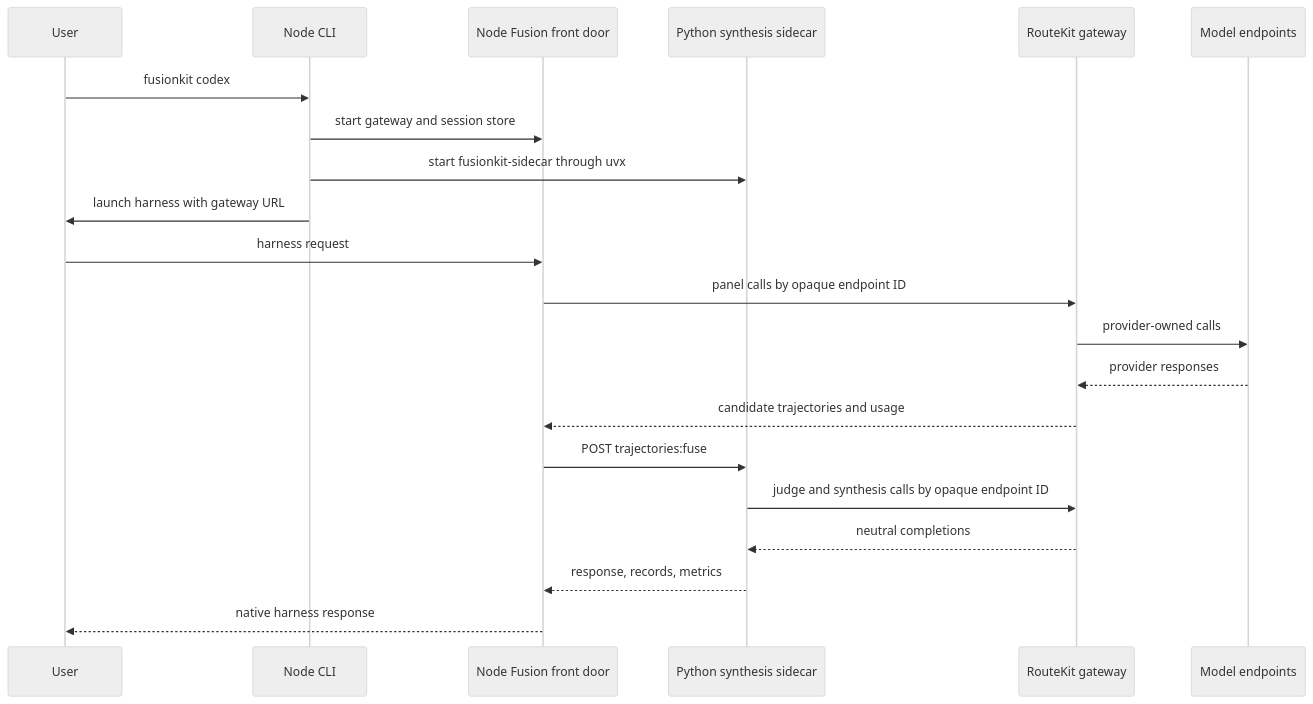
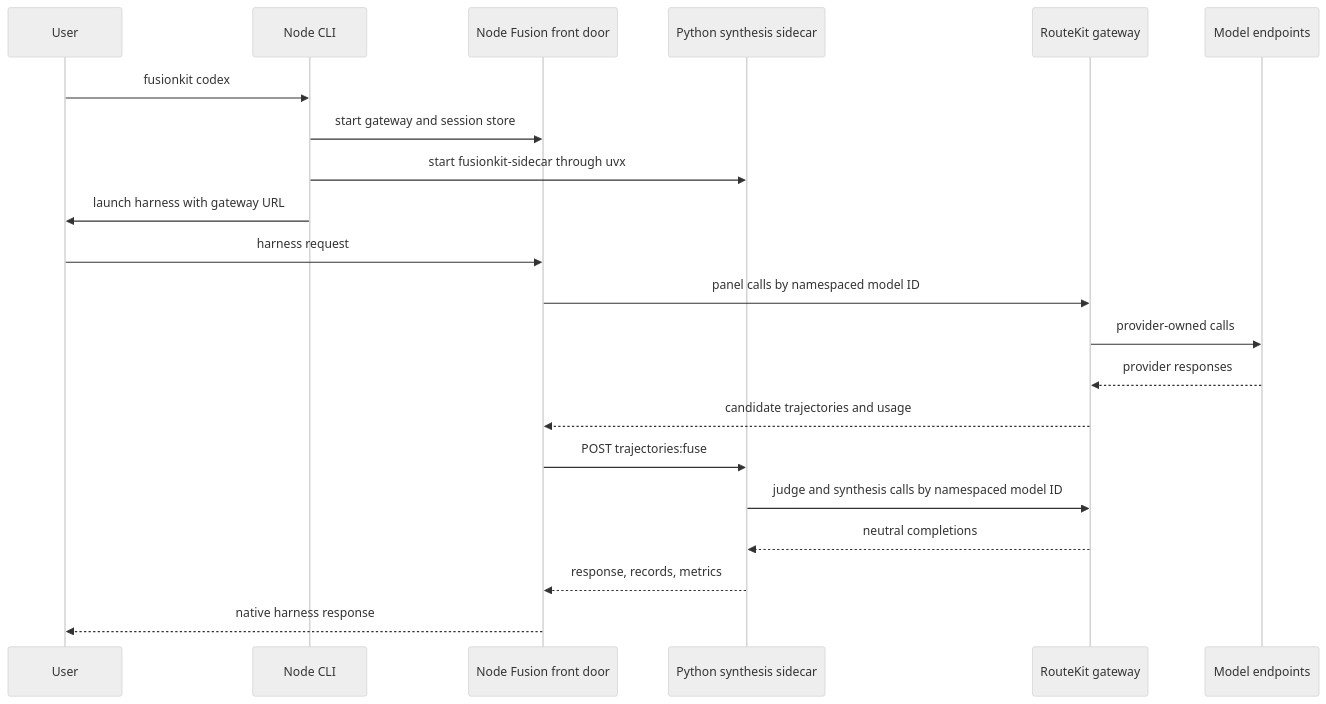
One commit to velum-labs/handoffkit changed the second of 2 diagrams in docs/repository-reference.md. Above: the diagram before and after it, drawn with Mermaid (neutral theme). The commit also changed other lines of this file and 208 other files, not shown here.

````diff
--- a/docs/repository-reference.md
+++ b/docs/repository-reference.md
@@ -66,24 +66,24 @@
 ```mermaid
 sequenceDiagram
   participant User
   participant CLI as Node CLI
   participant GW as Node Fusion front door
   participant PY as Python synthesis sidecar
   participant RK as RouteKit gateway
   participant Models as Model endpoints
 
   User->>CLI: fusionkit codex
   CLI->>GW: start gateway and session store
   CLI->>PY: start fusionkit-sidecar through uvx
   CLI->>User: launch harness with gateway URL
   User->>GW: harness request
-  GW->>RK: panel calls by opaque endpoint ID
+  GW->>RK: panel calls by namespaced model ID
   RK->>Models: provider-owned calls
   Models-->>RK: provider responses
   RK-->>GW: candidate trajectories and usage
   GW->>PY: POST trajectories:fuse
-  PY->>RK: judge and synthesis calls by opaque endpoint ID
+  PY->>RK: judge and synthesis calls by namespaced model ID
   RK-->>PY: neutral completions
   PY-->>GW: response, records, metrics
   GW-->>User: native harness response
 ```
````
